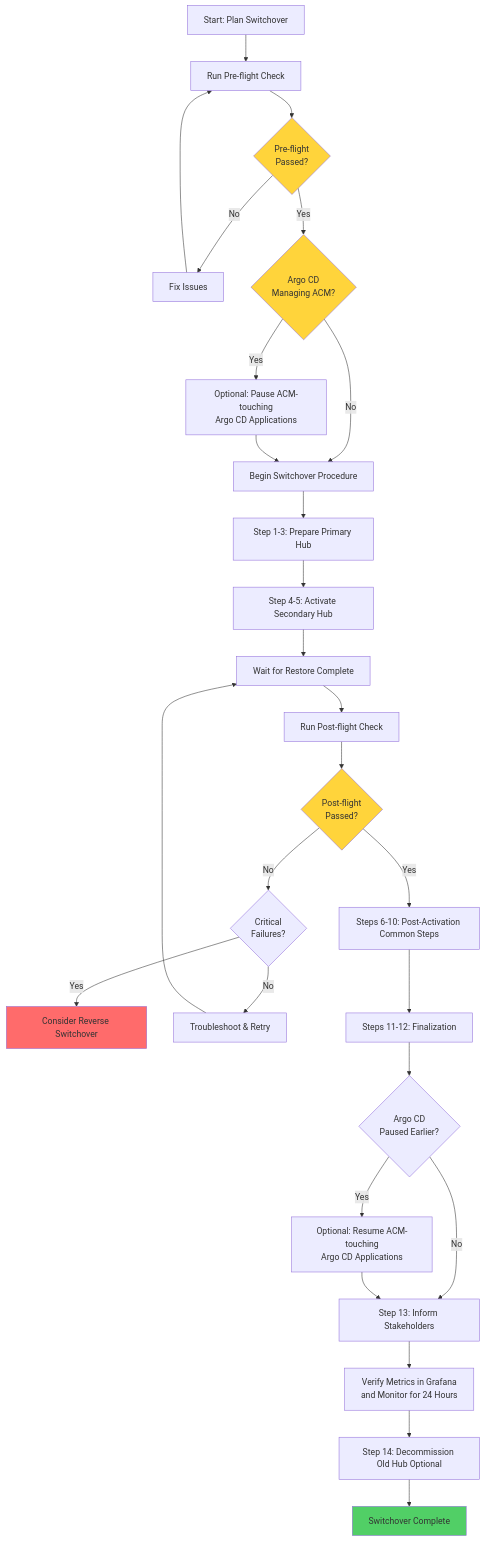
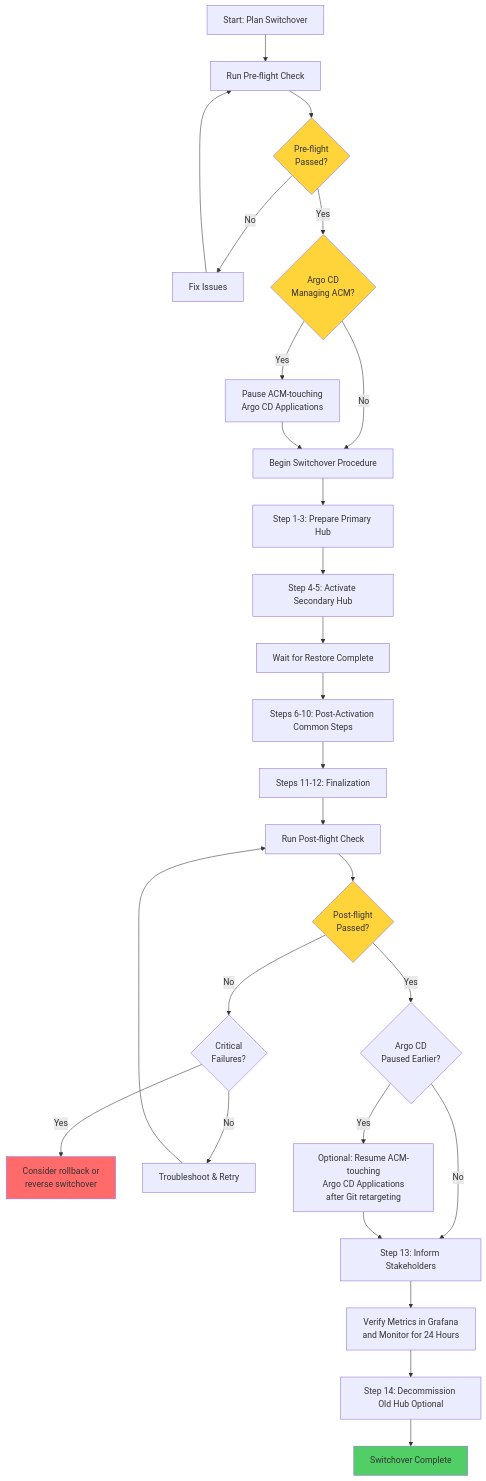
Before and after one commit to tomazb/rh-acm-switchover: the sixth of 7 diagrams in scripts/README.md, drawn with Mermaid. The commit also changed other lines of this file and 5 other files, not shown here.

````diff
--- a/scripts/README.md
+++ b/scripts/README.md
@@ -940,35 +950,35 @@
 ```mermaid
 graph TD
     A[Start: Plan Switchover] --> B[Run Pre-flight Check]
     B --> C{Pre-flight<br/>Passed?}
     C -->|No| D[Fix Issues]
     D --> B
-  C -->|Yes| E{Argo CD<br/>Managing ACM?}
-  E -->|Yes| F0[Optional: Pause ACM-touching<br/>Argo CD Applications]
-  E -->|No| F[Begin Switchover Procedure]
-  F0 --> F
-  F --> G[Step 1-3: Prepare Primary Hub]
-  G --> H[Step 4-5: Activate Secondary Hub]
-  H --> I[Wait for Restore Complete]
-  I --> J[Run Post-flight Check]
-  J --> K{Post-flight<br/>Passed?}
-  K -->|No| L{Critical<br/>Failures?}
-  L -->|Yes| M[Consider Reverse Switchover]
-  L -->|No| N[Troubleshoot & Retry]
-  N --> I
-  K -->|Yes| O[Steps 6-10: Post-Activation Common Steps]
-  O --> P[Steps 11-12: Finalization]
-  P --> Q{Argo CD<br/>Paused Earlier?}
-  Q -->|Yes| R[Optional: Resume ACM-touching<br/>Argo CD Applications]
-  Q -->|No| S[Step 13: Inform Stakeholders]
-  R --> S
-  S --> T[Verify Metrics in Grafana<br/>and Monitor for 24 Hours]
-  T --> U[Step 14: Decommission Old Hub Optional]
-  U --> V[Switchover Complete]
+    C -->|Yes| E{Argo CD<br/>Managing ACM?}
+    E -->|Yes| F0[Pause ACM-touching<br/>Argo CD Applications]
+    E -->|No| F[Begin Switchover Procedure]
+    F0 --> F
+    F --> G[Step 1-3: Prepare Primary Hub]
+    G --> H[Step 4-5: Activate Secondary Hub]
+    H --> I[Wait for Restore Complete]
+    I --> O[Steps 6-10: Post-Activation Common Steps]
+    O --> P[Steps 11-12: Finalization]
+    P --> J[Run Post-flight Check]
+    J --> K{Post-flight<br/>Passed?}
+    K -->|No| L{Critical<br/>Failures?}
+    L -->|Yes| M[Consider rollback or<br/>reverse switchover]
+    L -->|No| N[Troubleshoot & Retry]
+    N --> J
+    K -->|Yes| Q{Argo CD<br/>Paused Earlier?}
+    Q -->|Yes| R[Optional: Resume ACM-touching<br/>Argo CD Applications<br/>after Git retargeting]
+    Q -->|No| S[Step 13: Inform Stakeholders]
+    R --> S
+    S --> T[Verify Metrics in Grafana<br/>and Monitor for 24 Hours]
+    T --> U[Step 14: Decommission Old Hub Optional]
+    U --> V[Switchover Complete]
     
     style C fill:#ffd43b
-  style E fill:#ffd43b
-  style K fill:#ffd43b
-  style M fill:#ff6b6b
-  style V fill:#51cf66
+    style E fill:#ffd43b
+    style K fill:#ffd43b
+    style M fill:#ff6b6b
+    style V fill:#51cf66
 ```
````
